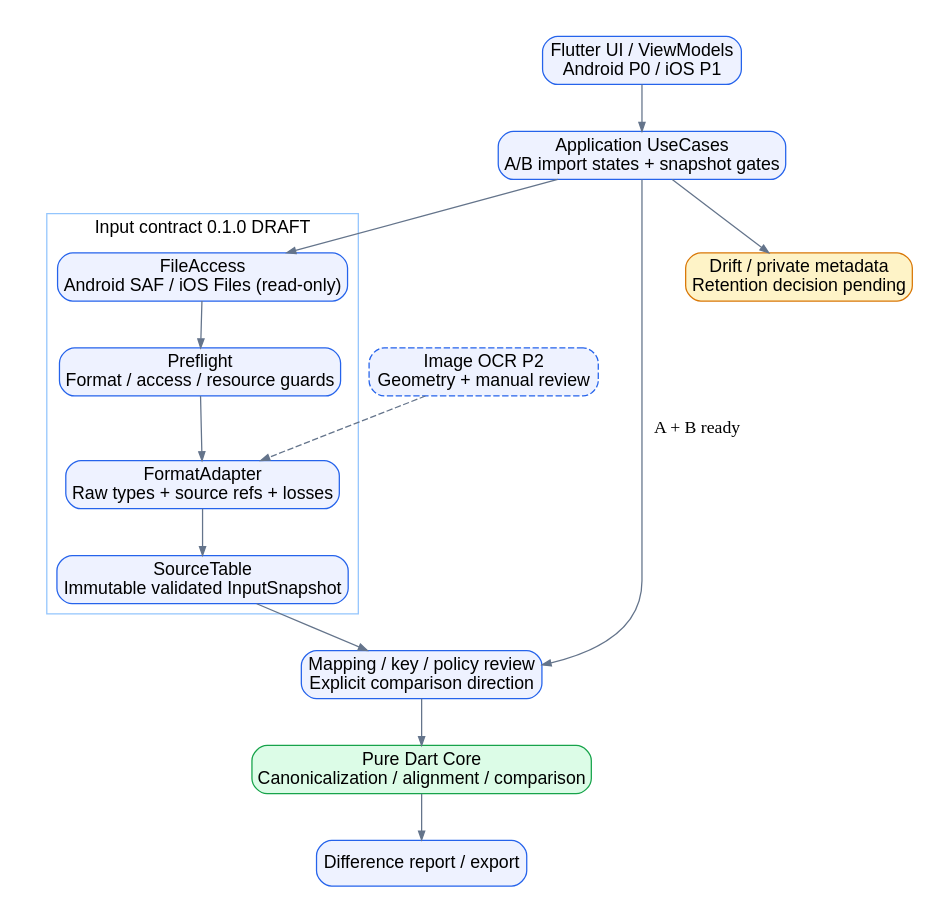
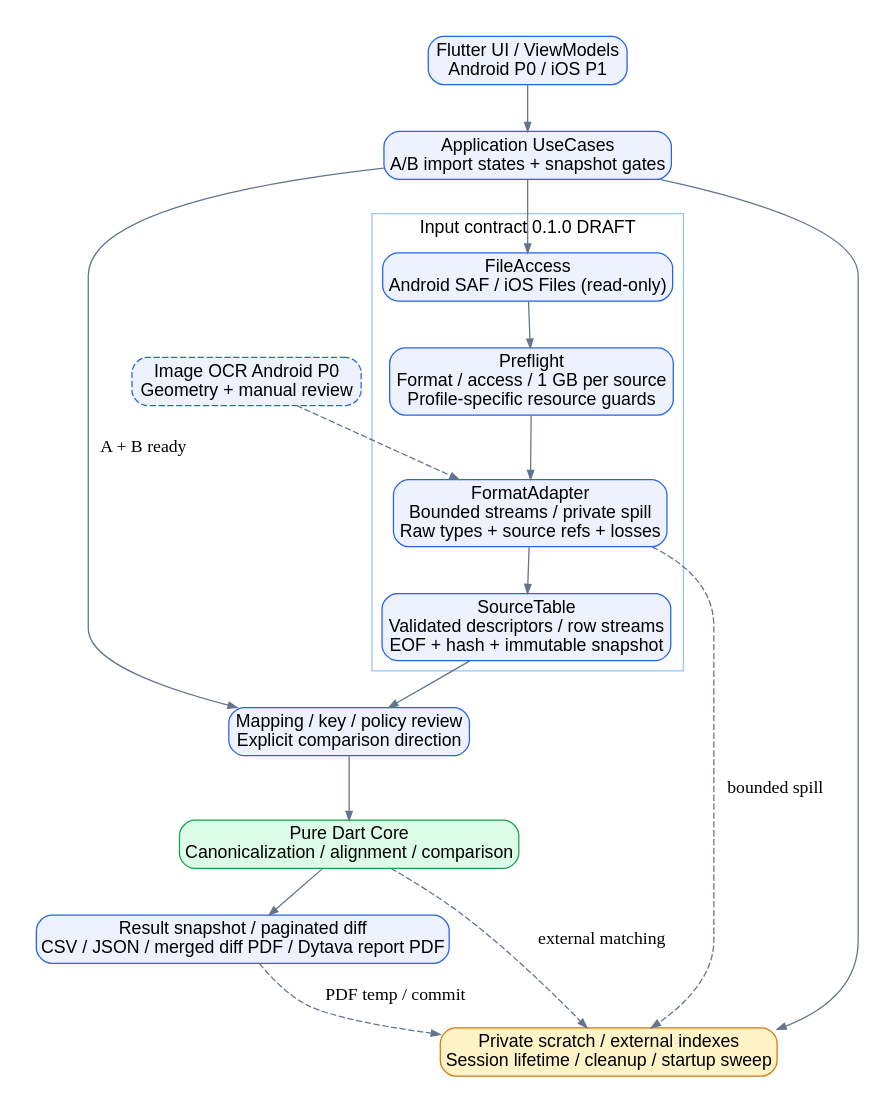
Before and after one commit to nmtrucworking/dytava: the diagram in docs-dytava/diagrams/architecture.dot, drawn with Graphviz. The commit also changed 141 other files, not shown here.

```diff
--- a/docs-dytava/diagrams/architecture.dot
+++ b/docs-dytava/diagrams/architecture.dot
@@ -1,23 +1,26 @@
 digraph Dytava {
   graph [rankdir=TB, fontname="Arial", bgcolor="white", pad=0.3, nodesep=0.3];
   node [fontname="Arial", shape=box, style="rounded,filled", fillcolor="#EEF2FF", color="#2563EB"];
   edge [color="#64748B", arrowsize=0.7];
   ui [label="Flutter UI / ViewModels\nAndroid P0 / iOS P1"];
   app [label="Application UseCases\nA/B import states + snapshot gates"];
   files [label="FileAccess\nAndroid SAF / iOS Files (read-only)"];
-  preflight [label="Preflight\nFormat / access / resource guards"];
-  adapter [label="FormatAdapter\nRaw types + source refs + losses"];
-  tables [label="SourceTable\nImmutable validated InputSnapshot"];
+  preflight [label="Preflight\nFormat / access / 1 GB per source\nProfile-specific resource guards"];
+  adapter [label="FormatAdapter\nBounded streams / private spill\nRaw types + source refs + losses"];
+  tables [label="SourceTable\nValidated descriptors / row streams\nEOF + hash + immutable snapshot"];
   review [label="Mapping / key / policy review\nExplicit comparison direction"];
   core [label="Pure Dart Core\nCanonicalization / alignment / comparison", fillcolor="#DCFCE7", color="#16A34A"];
-  report [label="Difference report / export"];
-  storage [label="Drift / private metadata\nRetention decision pending", fillcolor="#FEF3C7", color="#D97706"];
-  ocr [label="Image OCR P2\nGeometry + manual review", style="rounded,filled,dashed"];
+  report [label="Result snapshot / paginated diff\nCSV / JSON / merged diff PDF / Dytava report PDF"];
+  storage [label="Private scratch / external indexes\nSession lifetime / cleanup / startup sweep", fillcolor="#FEF3C7", color="#D97706"];
+  ocr [label="Image OCR Android P0\nGeometry + manual review", style="rounded,filled,dashed"];
   ui -> app;
   app -> files;
   files -> preflight -> adapter -> tables -> review -> core -> report;
   app -> storage;
+  adapter -> storage [style=dashed, label="bounded spill"];
+  core -> storage [style=dashed, label="external matching"];
+  report -> storage [style=dashed, label="PDF temp / commit"];
   ocr -> adapter [style=dashed];
   app -> review [label="A + B ready"];
   subgraph cluster_input { label="Input contract 0.1.0 DRAFT"; color="#93C5FD"; files; preflight; adapter; tables; }
 }
```
